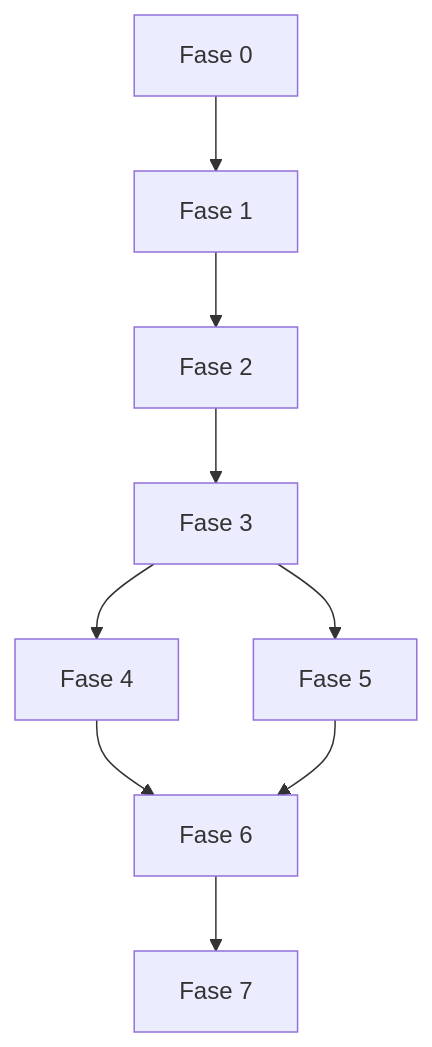
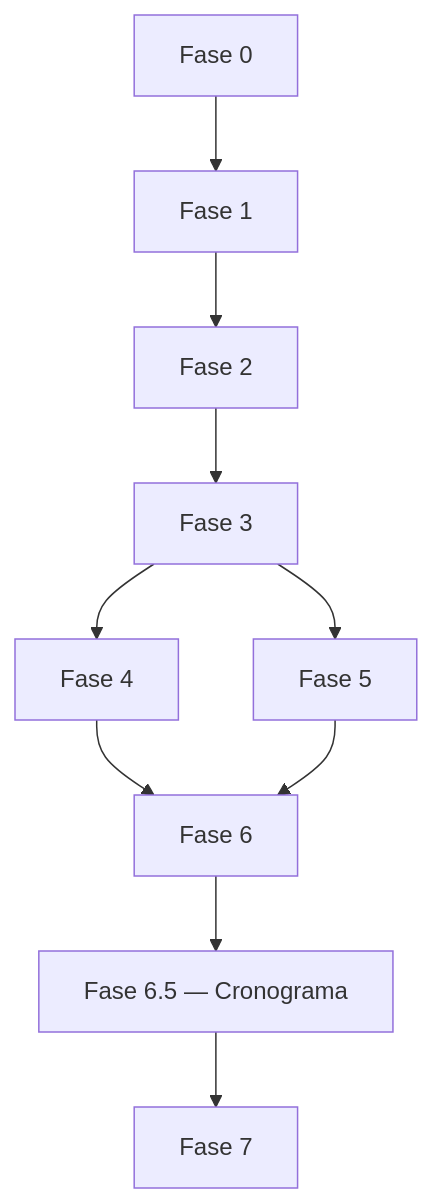
Before and after one commit to Edesiomartins/Befluent: the diagram in docs/roadmap.md, drawn with Mermaid. The commit also changed other lines of this file and 30 other files, not shown here.

````diff
--- a/docs/roadmap.md
+++ b/docs/roadmap.md
@@ -87,11 +97,12 @@
 ```mermaid
 flowchart TD
   F0[Fase 0] --> F1[Fase 1]
   F1 --> F2[Fase 2]
   F2 --> F3[Fase 3]
   F3 --> F4[Fase 4]
   F3 --> F5[Fase 5]
   F4 --> F6[Fase 6]
   F5 --> F6
-  F6 --> F7[Fase 7]
+  F6 --> F65[Fase 6.5 — Cronograma]
+  F65 --> F7[Fase 7]
 ```
````
